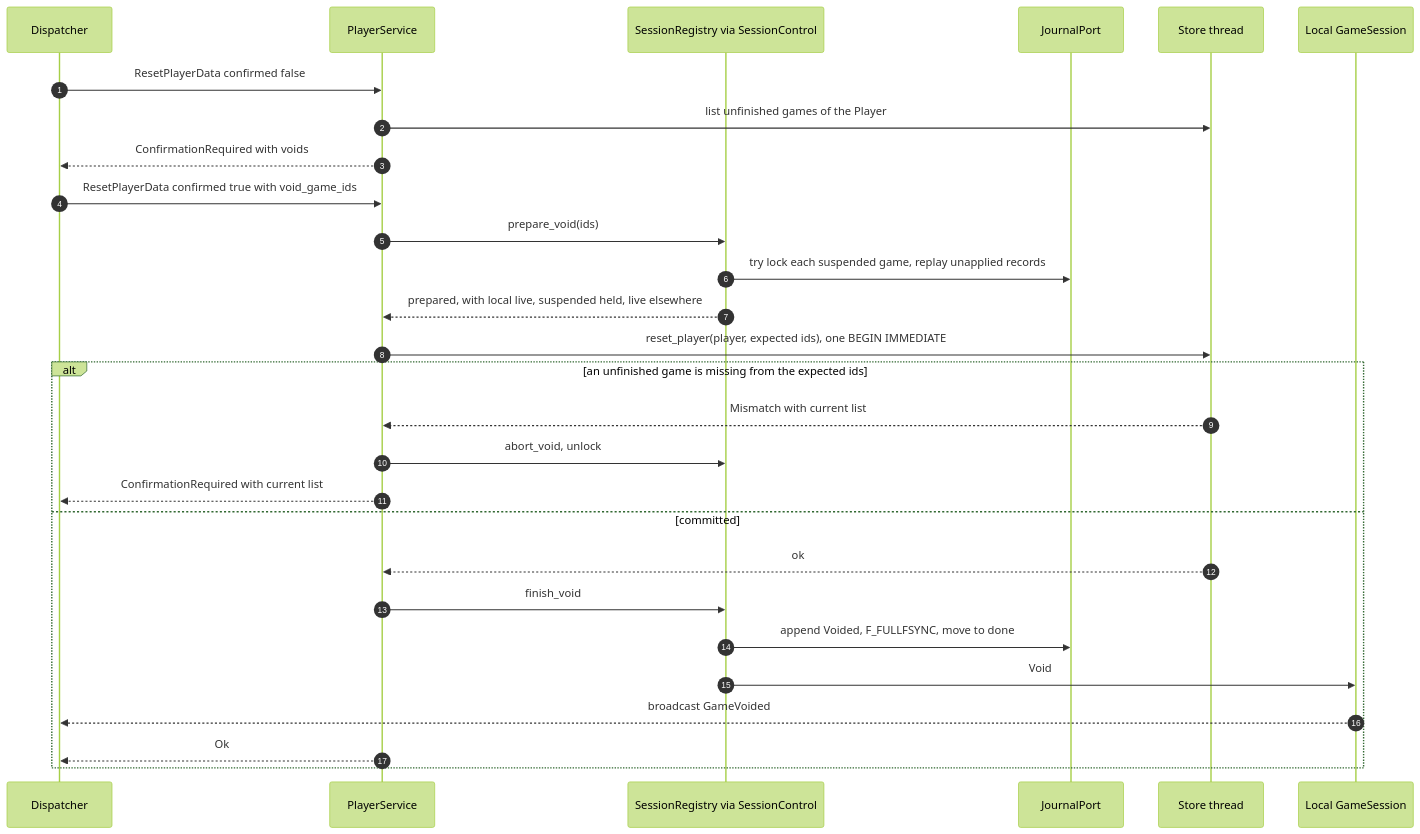
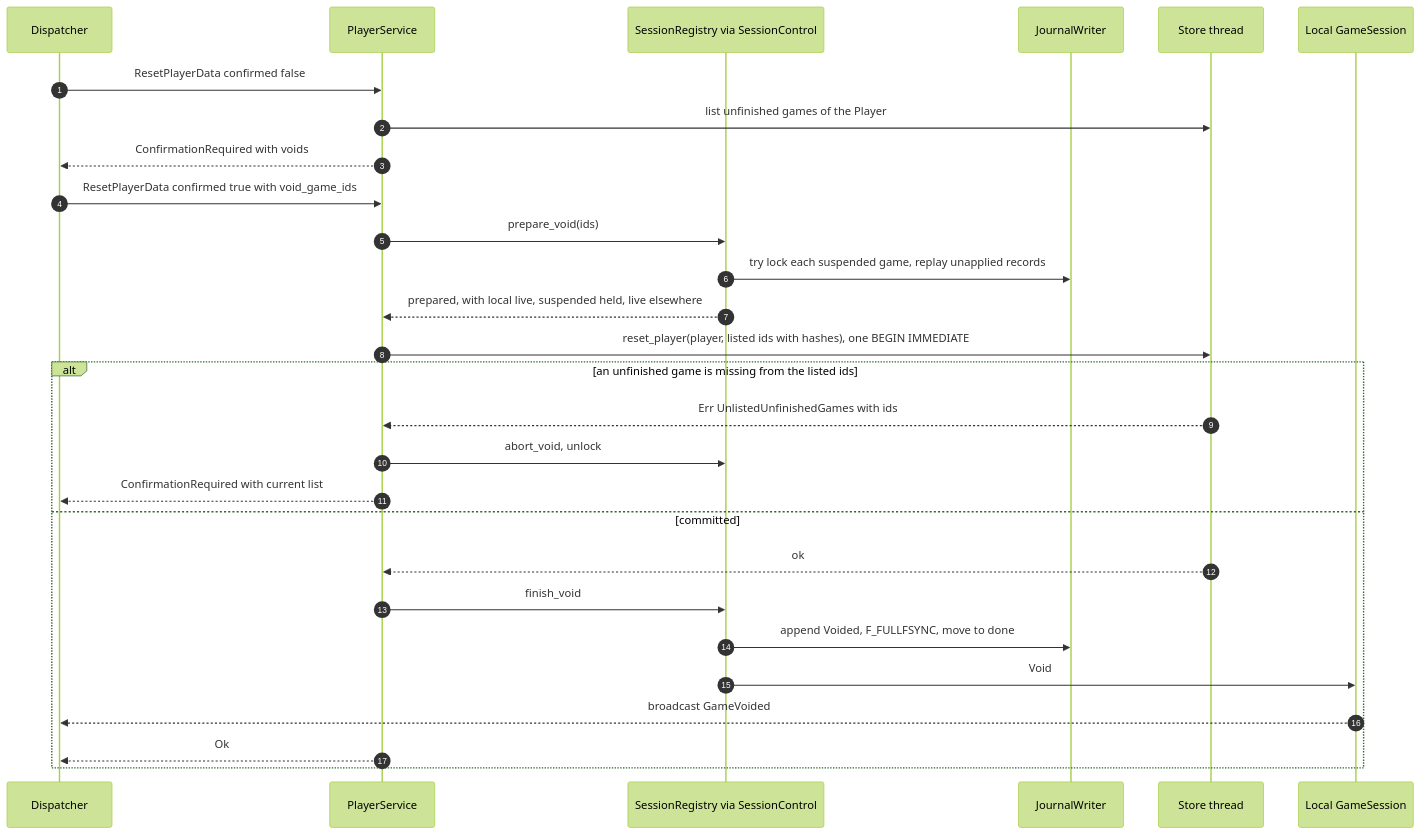
One commit to bprascher/chess changed the eighth of 15 diagrams in docs/design/SDD-chess-app.md. Above: the diagram before and after it, drawn with Mermaid (forest theme). The commit also changed other lines of this file and 17 other files, not shown here.

First line of the commit message:
Apply architecture addendum B and C to the SDDs and add the v0.4 consistency pass

````diff
--- a/docs/design/SDD-chess-app.md
+++ b/docs/design/SDD-chess-app.md
@@ -548,30 +606,30 @@
 ```mermaid
 sequenceDiagram
     autonumber
     participant D as Dispatcher
     participant PS as PlayerService
     participant RG as SessionRegistry via SessionControl
-    participant J as JournalPort
+    participant J as JournalWriter
     participant ST as Store thread
     participant S2 as Local GameSession
     D->>PS: ResetPlayerData confirmed false
     PS->>ST: list unfinished games of the Player
     PS-->>D: ConfirmationRequired with voids
     D->>PS: ResetPlayerData confirmed true with void_game_ids
     PS->>RG: prepare_void(ids)
     RG->>J: try lock each suspended game, replay unapplied records
     RG-->>PS: prepared, with local live, suspended held, live elsewhere
-    PS->>ST: reset_player(player, expected ids), one BEGIN IMMEDIATE
-    alt an unfinished game is missing from the expected ids
-        ST-->>PS: Mismatch with current list
+    PS->>ST: reset_player(player, listed ids with hashes), one BEGIN IMMEDIATE
+    alt an unfinished game is missing from the listed ids
+        ST-->>PS: Err UnlistedUnfinishedGames with ids
         PS->>RG: abort_void, unlock
         PS-->>D: ConfirmationRequired with current list
     else committed
         ST-->>PS: ok
         PS->>RG: finish_void
         RG->>J: append Voided, F_FULLFSYNC, move to done
         RG->>S2: Void
         S2-->>D: broadcast GameVoided
         PS-->>D: Ok
     end
 ```
````
